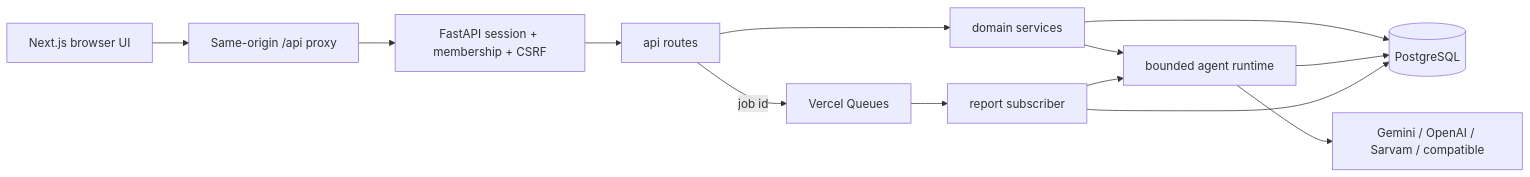
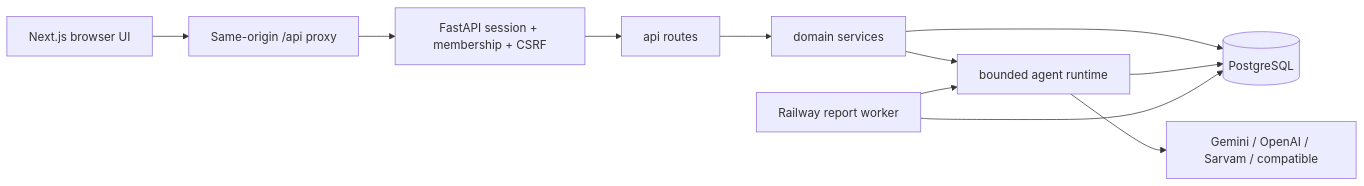
One commit to teja1729/interview-assistance changed the diagram in docs/ARCHITECTURE.md. Above: the diagram before and after it, drawn with Mermaid. The commit also changed other lines of this file and 10 other files, not shown here.

Commit message:
Switch deployment setup from Vercel to Railway

````diff
--- a/docs/ARCHITECTURE.md
+++ b/docs/ARCHITECTURE.md
@@ -14,15 +14,13 @@
 ```mermaid
 flowchart LR
   Browser[Next.js browser UI] --> Proxy[Same-origin /api proxy]
   Proxy --> Auth[FastAPI session + membership + CSRF]
   Auth --> Routes[api routes]
   Routes --> Services[domain services]
   Services --> PG[(PostgreSQL)]
   Services --> Runtime[bounded agent runtime]
   Runtime --> Providers[Gemini / OpenAI / Sarvam / compatible]
   Runtime --> PG
-  Routes -->|job id| VercelQueue[Vercel Queues]
-  VercelQueue --> Subscriber[report subscriber]
-  Subscriber --> PG
-  Subscriber --> Runtime
+  Worker[Railway report worker] --> PG
+  Worker --> Runtime
 ```
````
